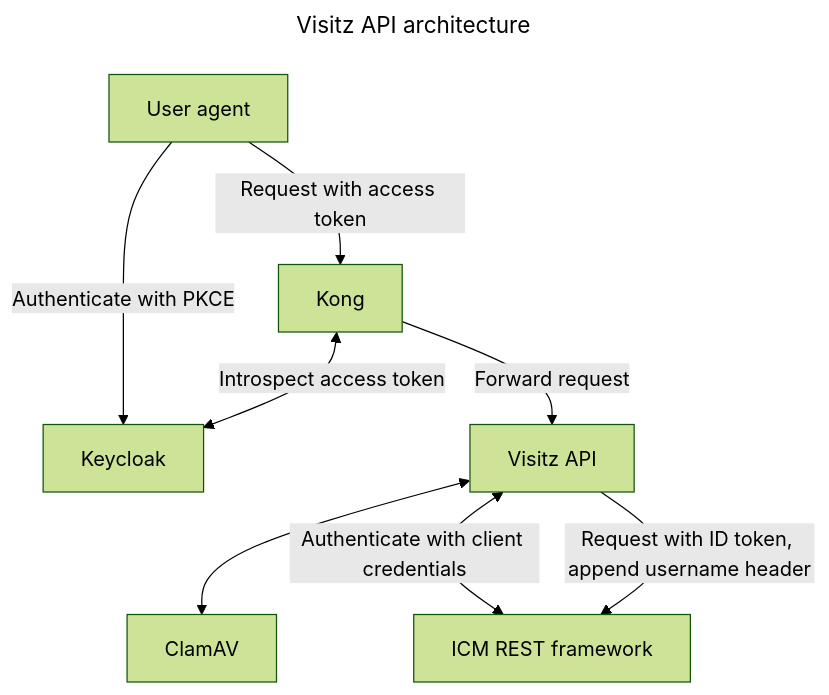
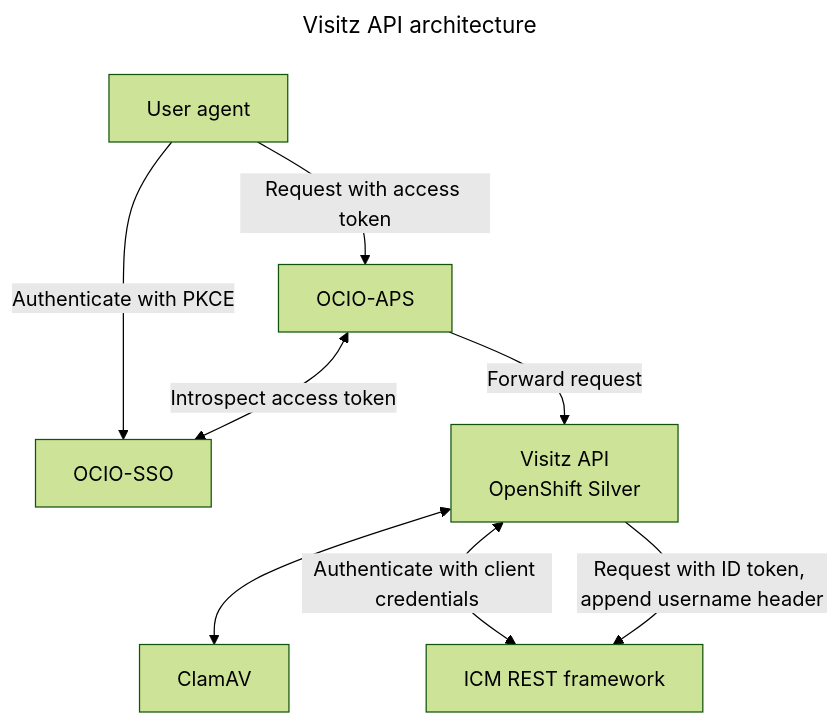
One commit to bcgov/visitz-api changed the diagram in docs/design/architecture.md. Above: the diagram before and after it, drawn with Mermaid (forest theme). The commit also changed 2 other files, not shown here.

Commit message:
Add authorization and scanning flow

````diff
--- a/docs/design/architecture.md
+++ b/docs/design/architecture.md
@@ -1,13 +1,13 @@
 ```mermaid
 ---
 title: Visitz API architecture
 ---
 flowchart TD
-    User[User agent] --> |Authenticate with PKCE| Keycloak
-    User --> |Request with access token| Kong
+    User[User agent] --> |Authenticate with PKCE| Keycloak[OCIO-SSO]
+    User --> |Request with access token| Kong[OCIO-APS]
     Kong <--> |Introspect access token| Keycloak
-    Kong --> |Forward request| Vpi[Visitz API]
+    Kong --> |Forward request| Vpi[Visitz API<br/>OpenShift Silver]
     Vpi <--> ClamAV
     Vpi <--> |Authenticate with client credentials| Icm[ICM REST framework]
     Vpi --> |Request with ID token, append username header| Icm
 ```
````
